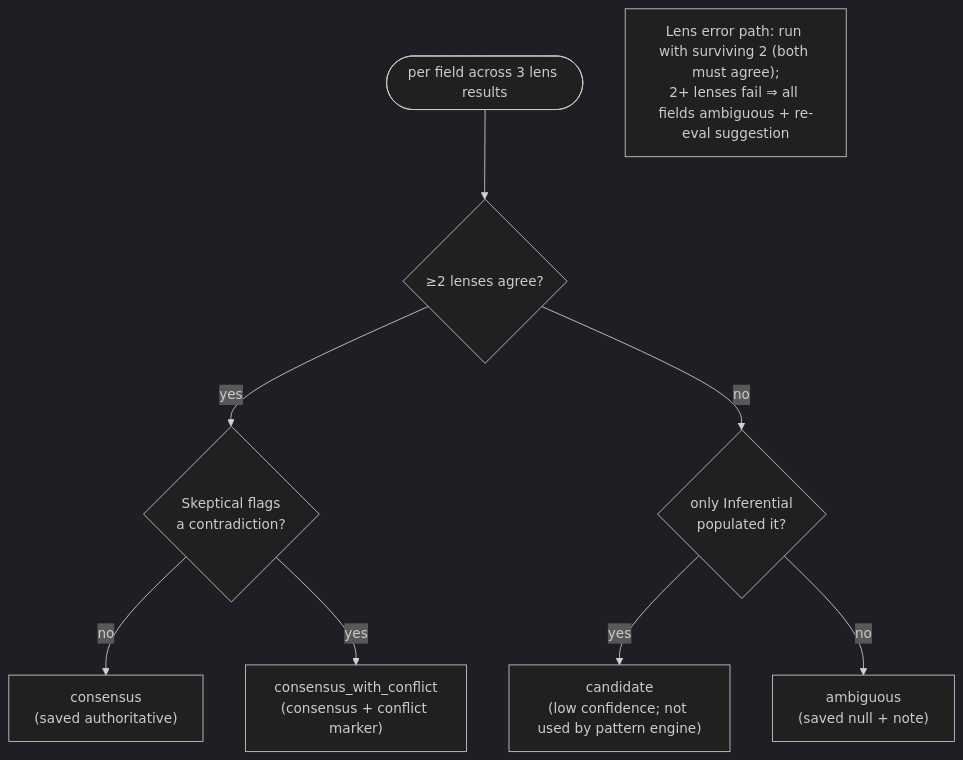
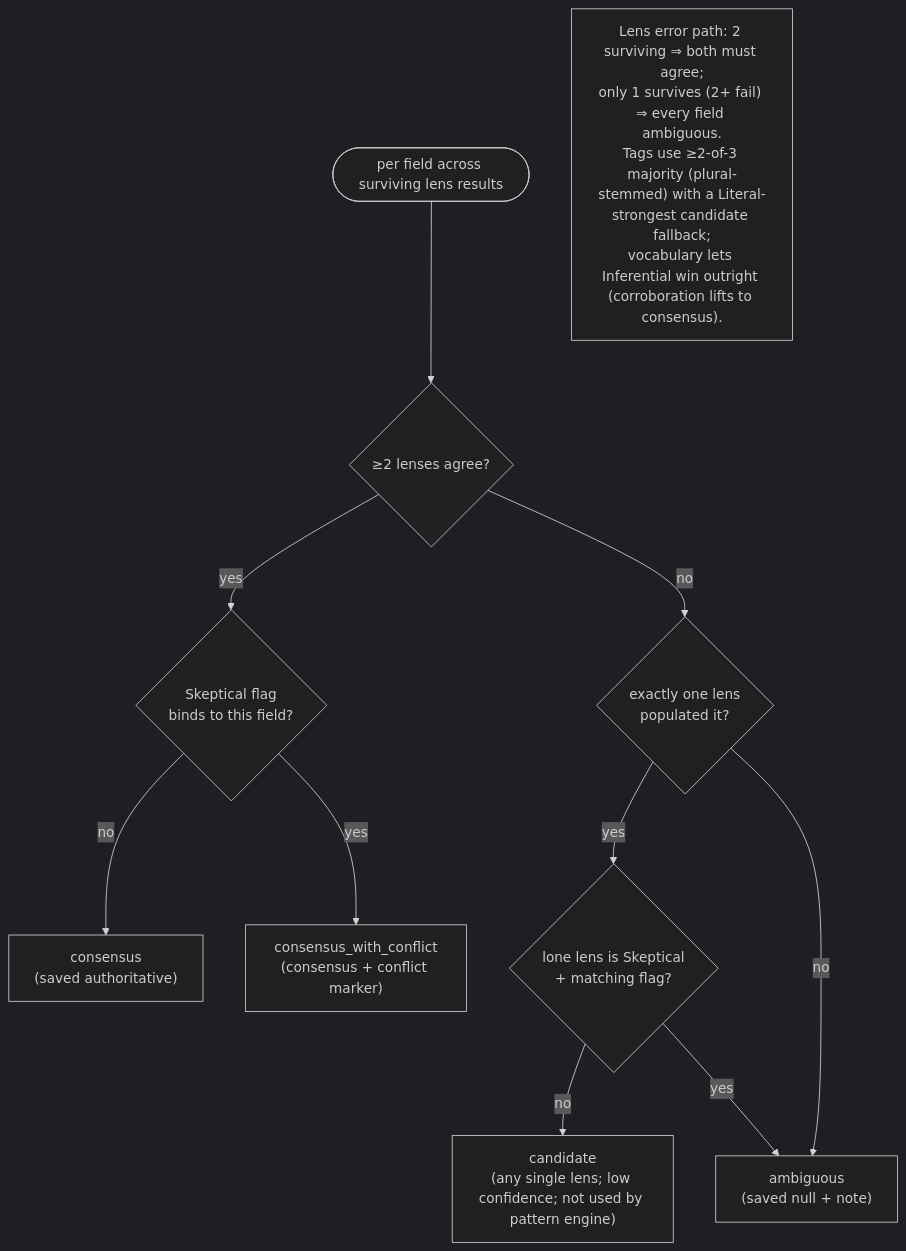
Before and after one commit to anchildress1/vestige: the third of 6 diagrams in docs/diagrams/llm-functionality.md, drawn with Mermaid (dark theme). The commit also changed other lines of this file and 6 other files, not shown here.

First line of the commit message:
docs(diagrams): correct diagram atlas to match implementation

````diff
--- a/docs/diagrams/llm-functionality.md
+++ b/docs/diagrams/llm-functionality.md
@@ -91,15 +107,17 @@
 ```mermaid
 flowchart TD
     accTitle: Convergence resolver per-field decision
-    accDescr: For each field, if two or more of three lenses agree the verdict is consensus, unless Skeptical flags a conflict in which case it is consensus_with_conflict. If only Inferential populated it, the verdict is candidate. If all three disagree, the verdict is ambiguous and the field is saved null with a debug note.
+    accDescr: For each field, if two or more of three lenses agree the verdict is consensus, unless a Skeptical flag binds to that field in which case it is consensus_with_conflict. If exactly one lens populated the field the verdict is candidate (any single lens, not specifically Inferential), except a lone Skeptical carrying a matching flag resolves to ambiguous. If lenses disagree the verdict is ambiguous and the field is saved null with a lens-disagreement note.
 
-    F(["per field across 3 lens results"]) --> A{"≥2 lenses agree?"}
-    A -- yes --> SK{"Skeptical flags<br/>a contradiction?"}
-    SK -- no --> CAN["consensus<br/>(saved authoritative)"]
+    F(["per field across surviving lens results"]) --> A{"≥2 lenses agree?"}
+    A -- yes --> SK{"Skeptical flag<br/>binds to this field?"}
+    SK -- no --> CON["consensus<br/>(saved authoritative)"]
     SK -- yes --> CWC["consensus_with_conflict<br/>(consensus + conflict marker)"]
-    A -- no --> ONE{"only Inferential<br/>populated it?"}
-    ONE -- yes --> CND["candidate<br/>(low confidence; not used by pattern engine)"]
-    ONE -- no --> AMB["ambiguous<br/>(saved null + note)"]
+    A -- no --> ONE{"exactly one lens<br/>populated it?"}
+    ONE -- yes --> SKQ{"lone lens is Skeptical<br/>+ matching flag?"}
+    SKQ -- no --> CND["candidate<br/>(any single lens; low confidence; not used by pattern engine)"]
+    SKQ -- yes --> AMB["ambiguous<br/>(saved null + note)"]
+    ONE -- no --> AMB
 
-    note["Lens error path: run with surviving 2 (both must agree);<br/>2+ lenses fail ⇒ all fields ambiguous + re-eval suggestion"]
+    note["Lens error path: 2 surviving ⇒ both must agree;<br/>only 1 survives (2+ fail) ⇒ every field ambiguous.<br/>Tags use ≥2-of-3 majority (plural-stemmed) with a Literal-strongest candidate fallback;<br/>vocabulary lets Inferential win outright (corroboration lifts to consensus)."]
 ```
````
